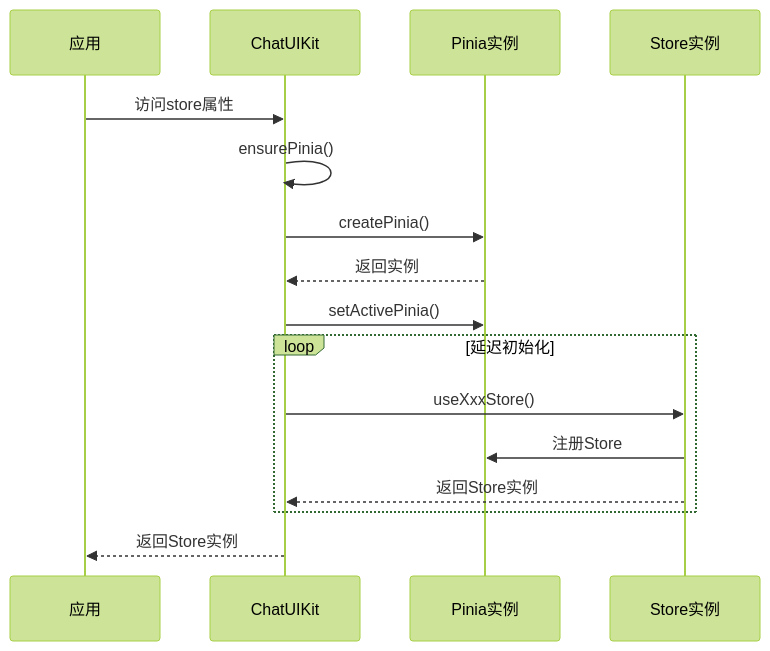
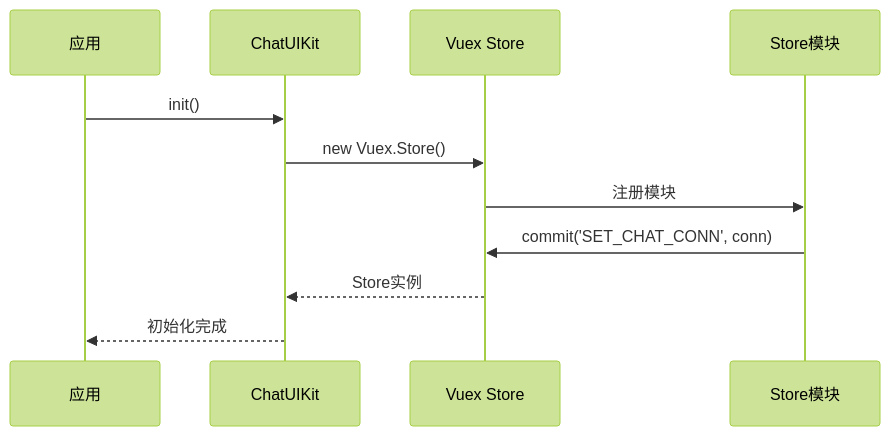
Before and after one commit to Easemob-Community/easemob-uikit-uniapp-community: the sixth of 11 diagrams in .qoder/repowiki/zh/content/核心架构/Store状态管理系统架构/Pinia状态管理概览.md, drawn with Mermaid (forest theme). The commit also changed other lines of this file and 14 other files, not shown here.

````diff
--- a/.qoder/repowiki/zh/content/核心架构/Store状态管理系统架构/Pinia状态管理概览.md
+++ b/.qoder/repowiki/zh/content/核心架构/Store状态管理系统架构/Pinia状态管理概览.md
@@ -352,18 +346,13 @@
 ```mermaid
 sequenceDiagram
 participant App as 应用
 participant ChatUIKit as ChatUIKit
-participant Pinia as Pinia实例
-participant Store as Store实例
-App->>ChatUIKit : 访问store属性
-ChatUIKit->>ChatUIKit : ensurePinia()
-ChatUIKit->>Pinia : createPinia()
-Pinia-->>ChatUIKit : 返回实例
-ChatUIKit->>Pinia : setActivePinia()
-loop 延迟初始化
-ChatUIKit->>Store : useXxxStore()
-Store->>Pinia : 注册Store
-Store-->>ChatUIKit : 返回Store实例
-end
-ChatUIKit-->>App : 返回Store实例
+participant Vuex as Vuex Store
+participant Module as Store模块
+App->>ChatUIKit : init()
+ChatUIKit->>Vuex : new Vuex.Store()
+Vuex->>Module : 注册模块
+Module->>Vuex : commit('SET_CHAT_CONN', conn)
+Vuex-->>ChatUIKit : Store实例
+ChatUIKit-->>App : 初始化完成
 ```
````
